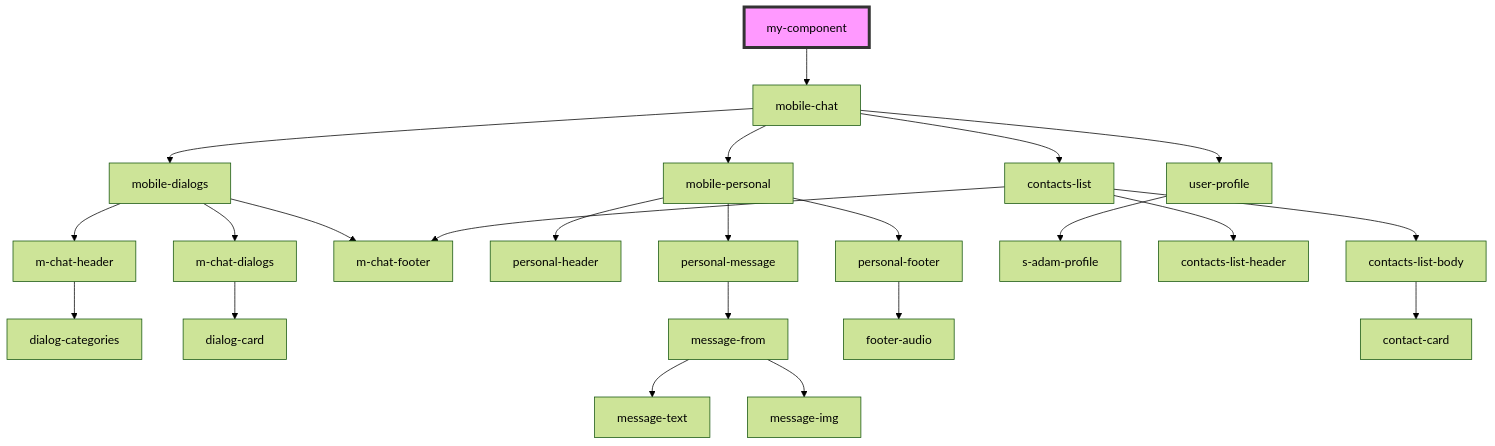
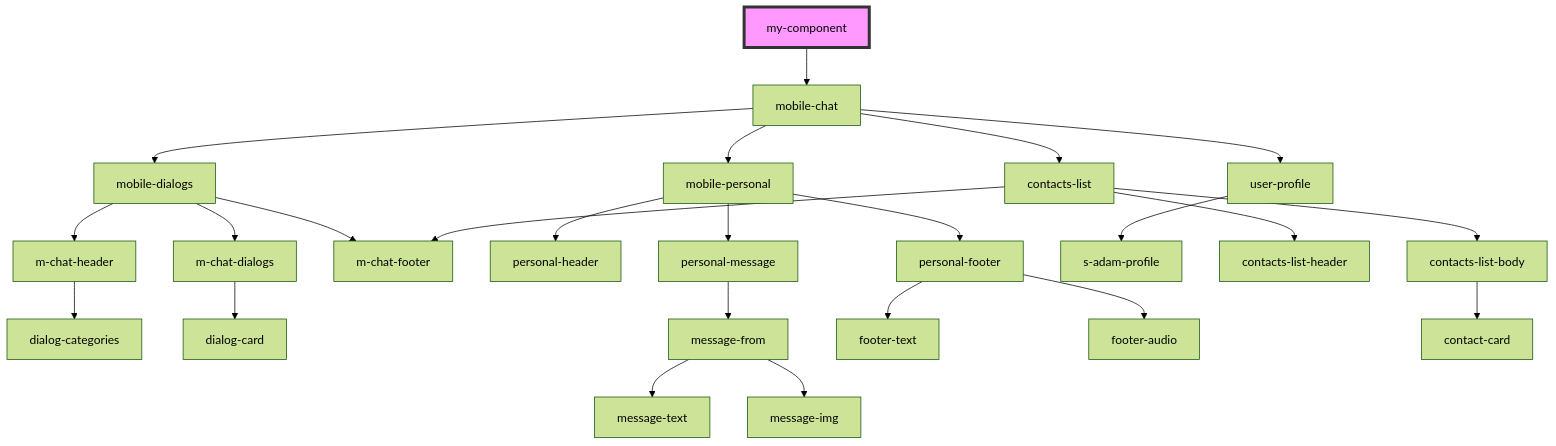
Before and after one commit to saqhan/stencil-chat: the diagram in src/components/my-component/readme.md, drawn with Mermaid (forest theme). The commit also changed 12 other files, not shown here.

````diff
--- a/src/components/my-component/readme.md
+++ b/src/components/my-component/readme.md
@@ -13,26 +13,27 @@
 ```mermaid
 graph TD;
   my-component --> mobile-chat
   mobile-chat --> mobile-dialogs
   mobile-chat --> mobile-personal
   mobile-chat --> user-profile
   mobile-chat --> contacts-list
   mobile-dialogs --> m-chat-header
   mobile-dialogs --> m-chat-dialogs
   mobile-dialogs --> m-chat-footer
   m-chat-header --> dialog-categories
   m-chat-dialogs --> dialog-card
   mobile-personal --> personal-header
   mobile-personal --> personal-message
   mobile-personal --> personal-footer
   personal-message --> message-from
   message-from --> message-text
   message-from --> message-img
+  personal-footer --> footer-text
   personal-footer --> footer-audio
   user-profile --> s-adam-profile
   contacts-list --> contacts-list-header
   contacts-list --> contacts-list-body
   contacts-list --> m-chat-footer
   contacts-list-body --> contact-card
   style my-component fill:#f9f,stroke:#333,stroke-width:4px
 ```
````
